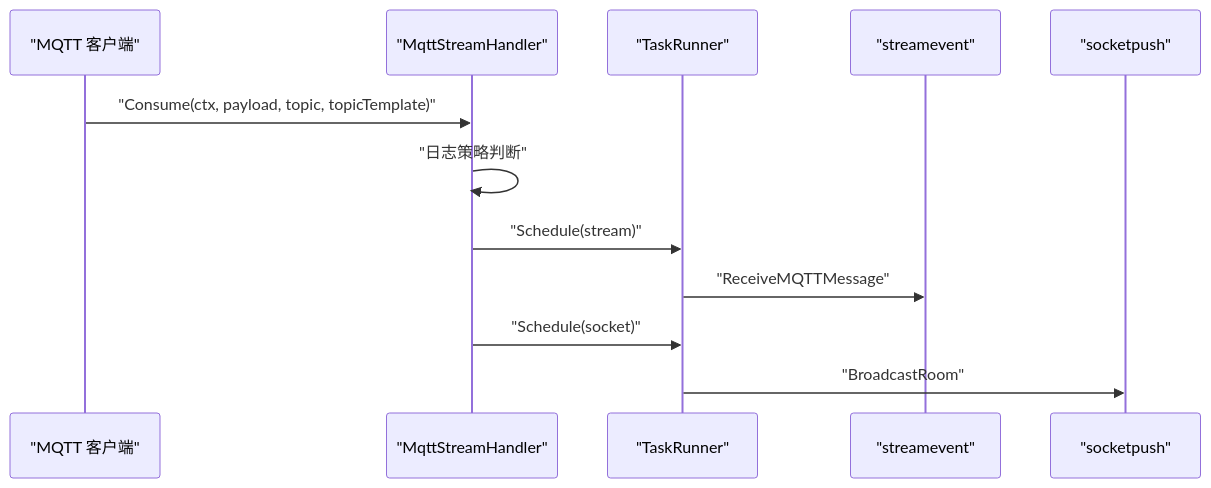
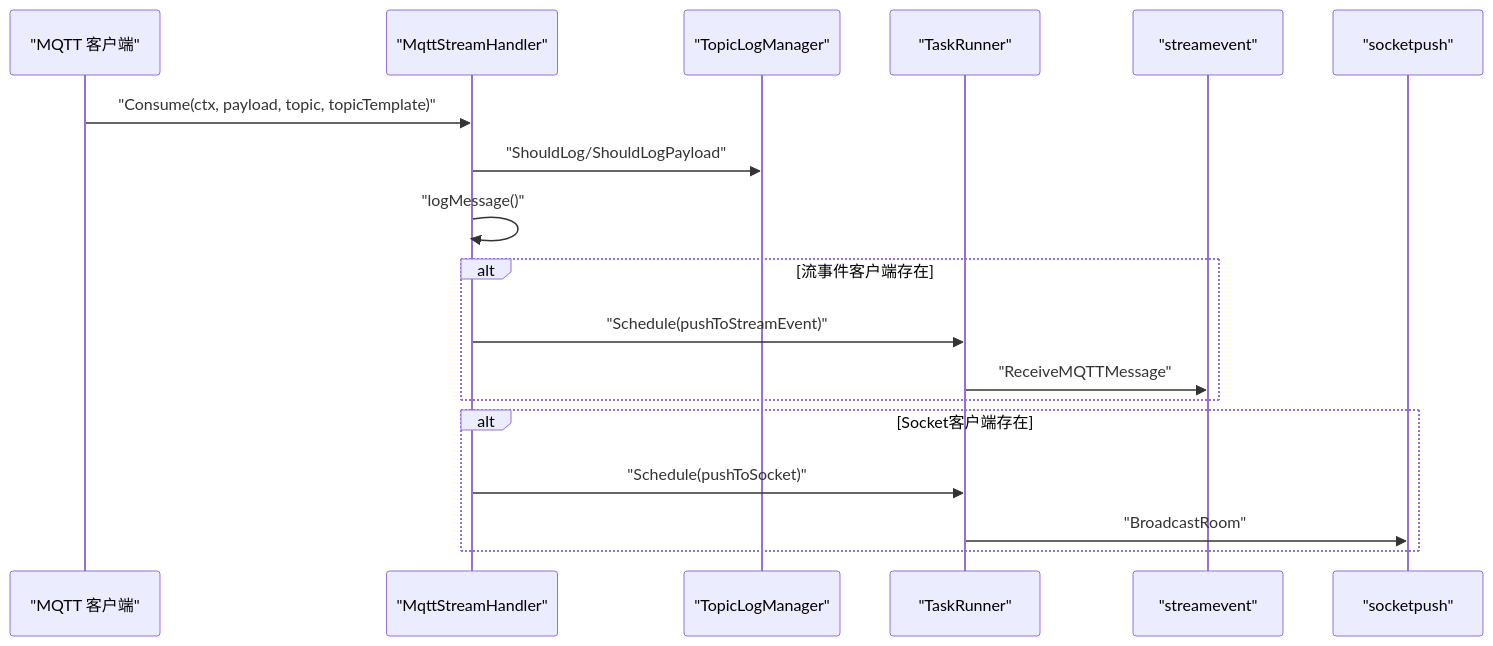
The sixth of 8 diagrams in .qoder/repowiki/zh/content/核心服务详解/MQTT 协议桥接服务/消息处理与传输.md (maomao94/zero-service), drawn with Mermaid before and after one commit. The commit also changed other lines of this file and 59 other files, not shown here.

````diff
--- a/.qoder/repowiki/zh/content/核心服务详解/MQTT 协议桥接服务/消息处理与传输.md
+++ b/.qoder/repowiki/zh/content/核心服务详解/MQTT 协议桥接服务/消息处理与传输.md
@@ -205,14 +273,20 @@
 ```mermaid
 sequenceDiagram
 participant Client as "MQTT 客户端"
 participant Handler as "MqttStreamHandler"
+participant LogManager as "TopicLogManager"
 participant Runner as "TaskRunner"
 participant Stream as "streamevent"
 participant Socket as "socketpush"
 Client->>Handler : "Consume(ctx, payload, topic, topicTemplate)"
-Handler->>Handler : "日志策略判断"
-Handler->>Runner : "Schedule(stream)"
+Handler->>LogManager : "ShouldLog/ShouldLogPayload"
+Handler->>Handler : "logMessage()"
+alt 流事件客户端存在
+Handler->>Runner : "Schedule(pushToStreamEvent)"
 Runner->>Stream : "ReceiveMQTTMessage"
-Handler->>Runner : "Schedule(socket)"
+end
+alt Socket客户端存在
+Handler->>Runner : "Schedule(pushToSocket)"
 Runner->>Socket : "BroadcastRoom"
+end
 ```
````
